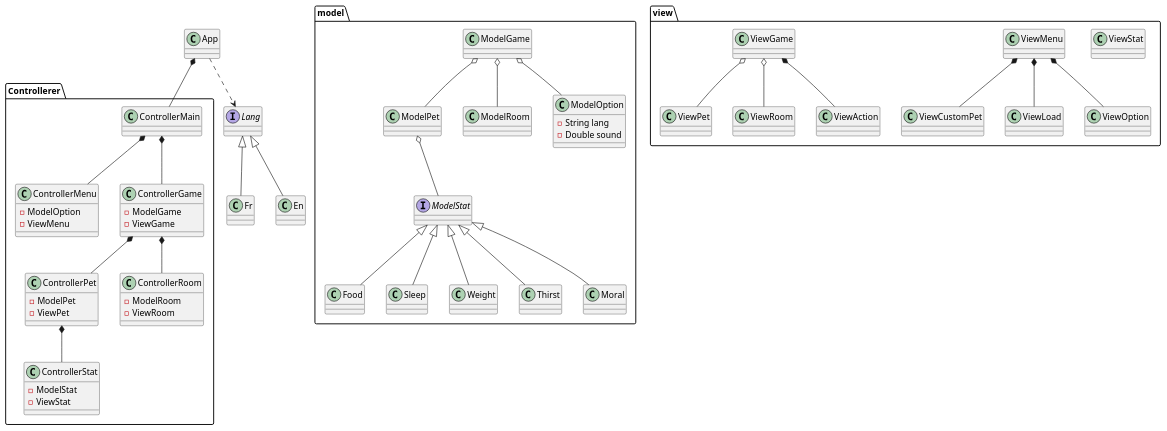
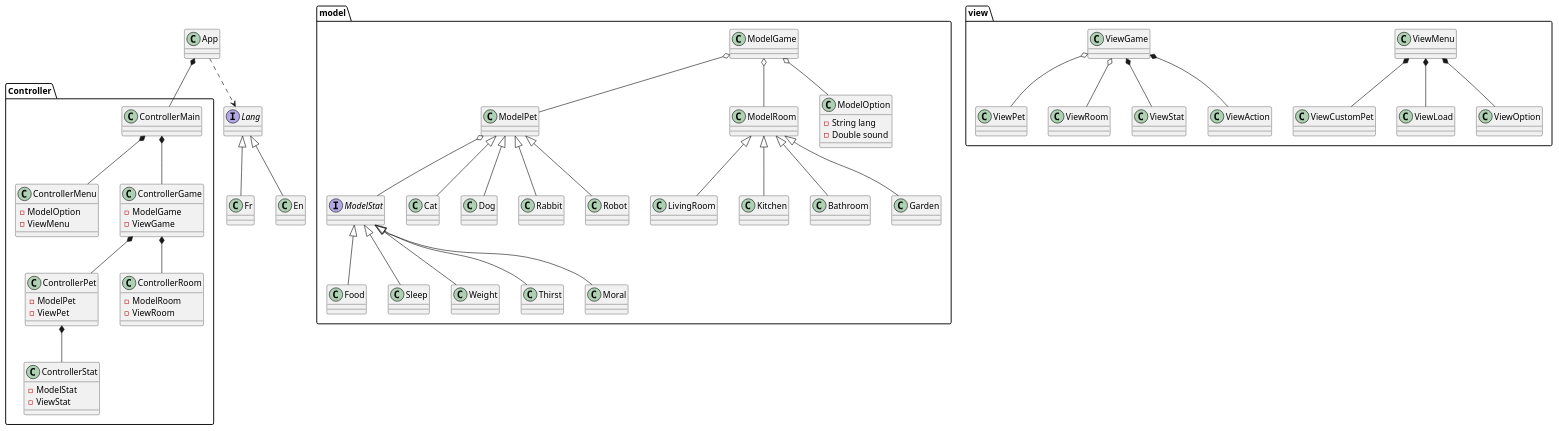
One commit to 83NJAM1/Tamagotchi changed the diagram in diagrams/diagram-class.puml. Above: the diagram before and after it, drawn with PlantUML. The commit also changed other lines of this file, not shown here.

```diff
--- a/diagrams/diagram-class.puml
+++ b/diagrams/diagram-class.puml
@@ -1,90 +1,99 @@
 @startuml
 
 class App
 interface Lang
 App ..> Lang
 class Fr
 Class En
 Lang <|-- Fr
 Lang <|-- En
 
 package model {
     class ModelPet
-    interface ModelRoom
     class ModelRoom
+    interface ModelStat
+    ModelRoom <|-- LivingRoom
+    ModelRoom <|-- Kitchen
+    ModelRoom <|-- Bathroom
+    ModelRoom <|-- Garden
     class ModelGame
     class ModelOption {
         -String lang
         -Double sound
     }
     interface ModelStat
     class Food
     class Sleep
     class Weight
     class Thirst
     class Moral
     ModelStat <|-- Food
     ModelStat <|-- Sleep
     ModelStat <|-- Weight
     ModelStat <|-- Thirst
     ModelStat <|-- Moral
     ModelPet o-- ModelStat
+    ModelPet <|-- Cat
+    ModelPet <|-- Dog
+    ModelPet <|-- Rabbit
+    ModelPet <|-- Robot
     ModelGame o-- ModelPet
     ModelGame o-- ModelRoom
     ModelGame o-- ModelOption
 }
 
 package view {
     class ViewPet
     class ViewRoom
     class ViewStat
     class ViewMenu
     class ViewCustomPet
     class ViewLoad
     class ViewAction
     class ViewOption
     class ViewGame
     
     ViewMenu *-- ViewOption
     ViewMenu *-- ViewCustomPet
     ViewMenu *-- ViewLoad
     ViewGame *-- ViewAction
+    ViewGame *-- ViewStat
     ViewGame o-- ViewRoom
     ViewGame o-- ViewPet
 }
 
-package Controllerer {
+package Controller {
     class ControllerMain
     
     class ControllerPet {
         -ModelPet
         -ViewPet
     }
     class ControllerRoom {
         -ModelRoom
         -ViewRoom
     }
     class ControllerStat {
         -ModelStat
         -ViewStat
     }
     class ControllerMenu {
         -ModelOption
         -ViewMenu
     }
     class ControllerGame {
         -ModelGame
         -ViewGame
     }
     
     ControllerPet *-- ControllerStat
     ControllerGame *-- ControllerPet
     ControllerGame *-- ControllerRoom
     ControllerMain *-- ControllerGame 
     ControllerMain *-- ControllerMenu
     
 }
 
 App *-- ControllerMain
 
 @enduml
```
